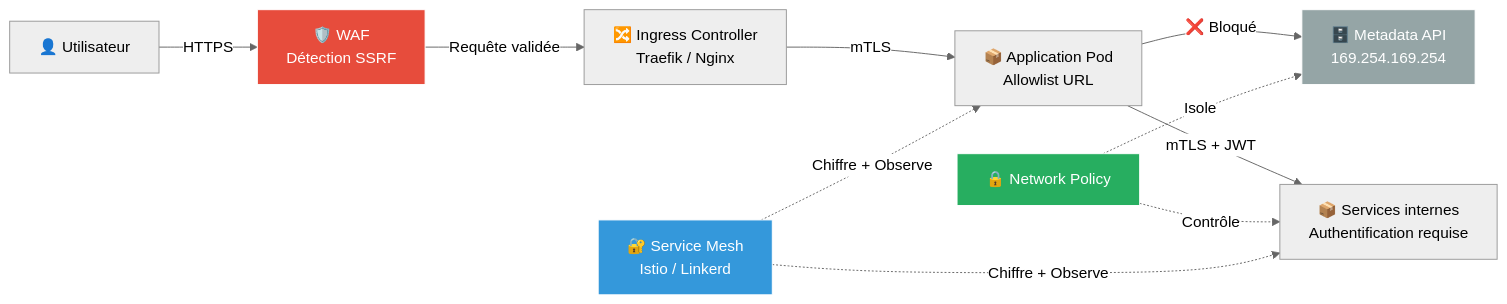
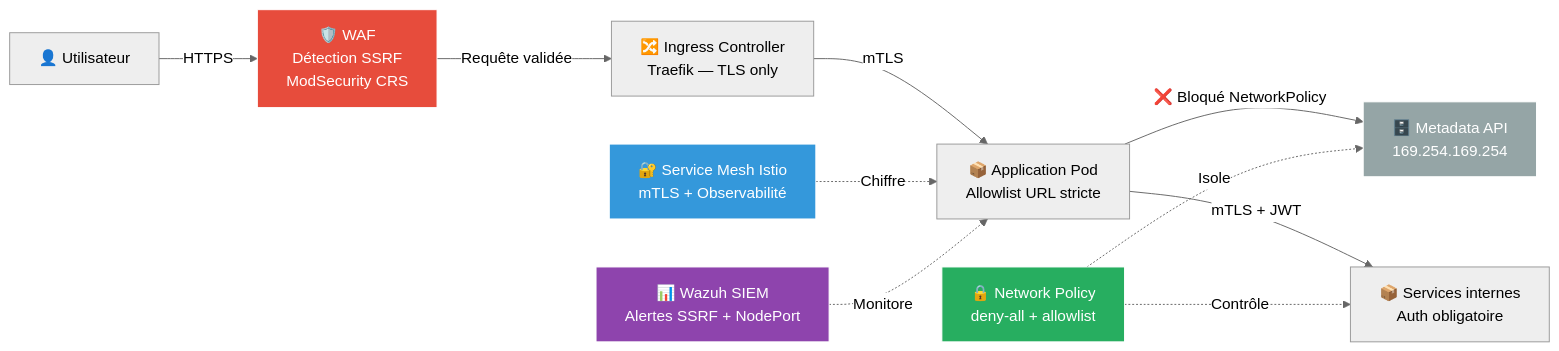
Before and after one commit to hikenroot/hikenroot-forge: the fifth of 5 diagrams in docs/labs/cloud-lab/SC-CLD-002-ssrf-in-the-kubernetes-world.md, drawn with Mermaid (neutral theme). The commit also changed other lines of this file, not shown here.

Commit message:
feat: SC-CLD-002 SSRF — refonte complète, ajout résumé exécutif, impact métier, COMEX, Sigma

````diff
--- a/docs/labs/cloud-lab/SC-CLD-002-ssrf-in-the-kubernetes-world.md
+++ b/docs/labs/cloud-lab/SC-CLD-002-ssrf-in-the-kubernetes-world.md
@@ -298,17 +550,18 @@
 ```mermaid
 graph LR
-    USER["👤 Utilisateur"] -->|"HTTPS"| WAF["🛡️ WAF<br/>Détection SSRF"]
-    WAF -->|"Requête validée"| INGRESS["🔀 Ingress Controller<br/>Traefik / Nginx"]
-    INGRESS -->|"mTLS"| APP["📦 Application Pod<br/>Allowlist URL"]
-    APP -->|"❌ Bloqué"| META["🗄️ Metadata API<br/>169.254.169.254"]
-    APP -->|"mTLS + JWT"| SVC["📦 Services internes<br/>Authentification requise"]
-    NP["🔒 Network Policy"] -.->|"Isole"| META
+    USER["👤 Utilisateur"] -->|"HTTPS"| WAF["🛡️ WAF<br/>Détection SSRF<br/>ModSecurity CRS"]
+    WAF -->|"Requête validée"| INGRESS["🔀 Ingress Controller<br/>Traefik — TLS only"]
+    INGRESS -->|"mTLS"| APP["📦 Application Pod<br/>Allowlist URL stricte"]
+    APP -->|"❌ Bloqué NetworkPolicy"| META["🗄️ Metadata API<br/>169.254.169.254"]
+    APP -->|"mTLS + JWT"| SVC["📦 Services internes<br/>Auth obligatoire"]
+    NP["🔒 Network Policy<br/>deny-all + allowlist"] -.->|"Isole"| META
     NP -.->|"Contrôle"| SVC
-    MESH["🔐 Service Mesh<br/>Istio / Linkerd"] -.->|"Chiffre + Observe"| APP
-    MESH -.->|"Chiffre + Observe"| SVC
+    MESH["🔐 Service Mesh Istio<br/>mTLS + Observabilité"] -.->|"Chiffre"| APP
+    WAZUH["📊 Wazuh SIEM<br/>Alertes SSRF + NodePort"] -.->|"Monitore"| APP
 
     style WAF fill:#e74c3c,stroke:#fff,color:#fff
     style NP fill:#27ae60,stroke:#fff,color:#fff
     style MESH fill:#3498db,stroke:#fff,color:#fff
     style META fill:#95a5a6,stroke:#fff,color:#fff
+    style WAZUH fill:#8e44ad,stroke:#fff,color:#fff
 ```
````
